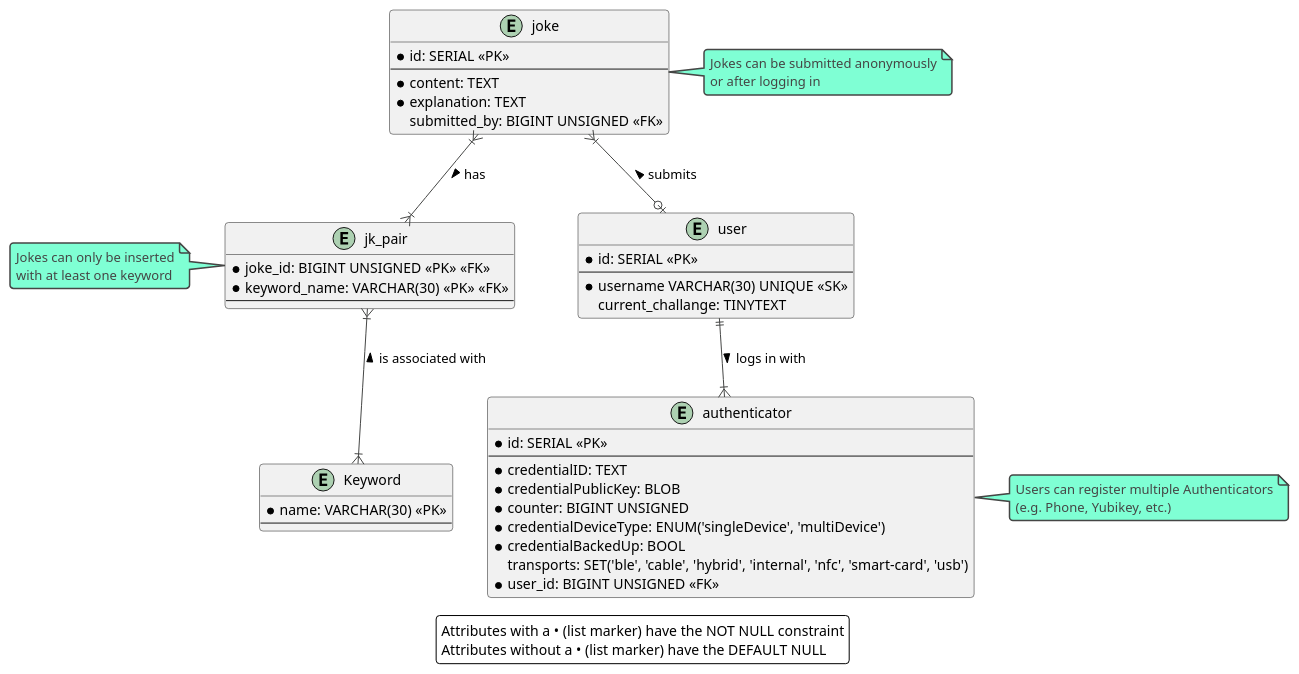
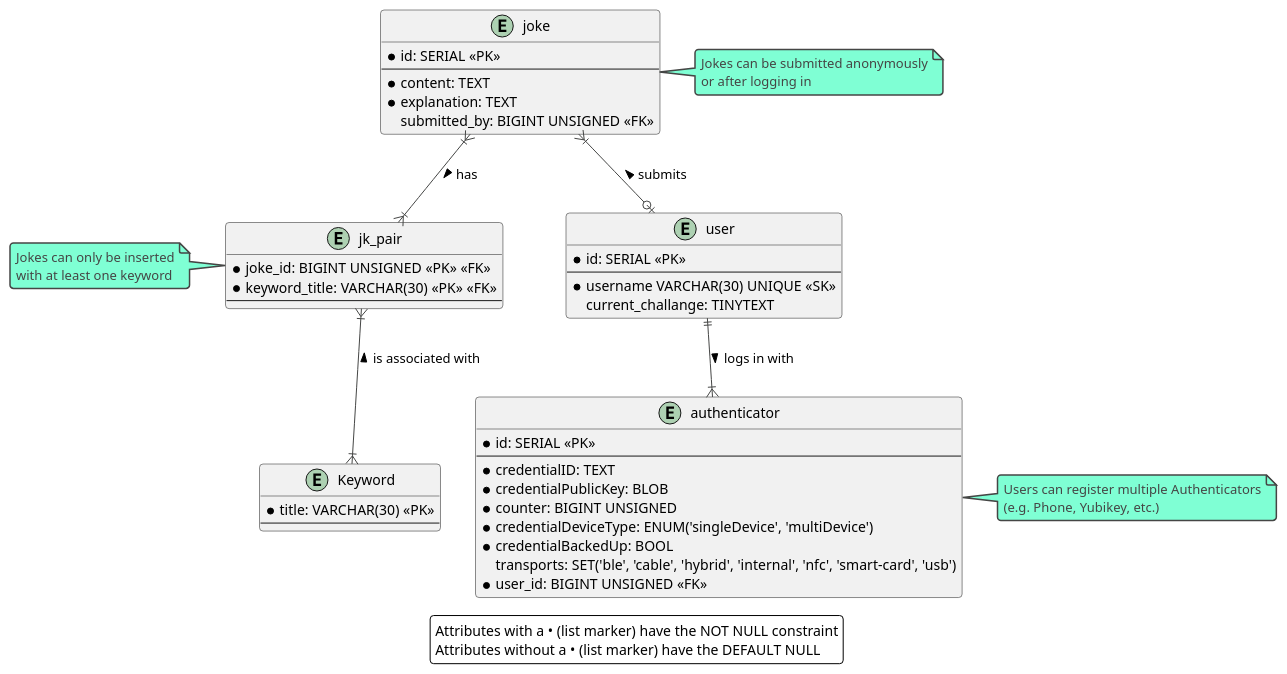
One commit to SturmDerLiebe/bavarian_joke_generator changed the diagram in database/physicalDM.md. Above: the diagram before and after it, drawn with PlantUML. The commit also changed 4 other files, not shown here.

```diff
--- a/database/physicalDM.md
+++ b/database/physicalDM.md
@@ -10,58 +10,58 @@
 @startuml
 'skinparam linetype ortho
 'scale 2
 !theme vibrant
 
 entity joke {
     * id: SERIAL <<PK>>
     --
     * content: TEXT
     * explanation: TEXT
     submitted_by: BIGINT UNSIGNED <<FK>>
 }
 
 entity jk_pair {
     * joke_id: BIGINT UNSIGNED <<PK>> <<FK>>
-    * keyword_name: VARCHAR(30) <<PK>> <<FK>>
+    * keyword_title: VARCHAR(30) <<PK>> <<FK>>
     --
 }
 
 entity Keyword  {
-    * name: VARCHAR(30) <<PK>>
+    * title: VARCHAR(30) <<PK>>
     --
 }
 
 entity user {
     ' The extra id is necessary for using simplewebauthn:
     * id: SERIAL <<PK>>
     --
     * username VARCHAR(30) UNIQUE <<SK>>
     current_challange: TINYTEXT
 }
 
 entity authenticator {
     * id: SERIAL <<PK>>
     --
     * credentialID: TEXT
     * credentialPublicKey: BLOB
     * counter: BIGINT UNSIGNED
     * credentialDeviceType: ENUM('singleDevice', 'multiDevice')
     * credentialBackedUp: BOOL
     transports: SET('ble', 'cable', 'hybrid', 'internal', 'nfc', 'smart-card', 'usb')
     * user_id: BIGINT UNSIGNED <<FK>>
 }
 
 joke }|--|{ jk_pair : has >
 jk_pair }|--|{ Keyword : is associated with <
 joke }|--o| user : submits <
 user ||--|{ authenticator : logs in with >
 
 note left of jk_pair: Jokes can only be inserted\nwith at least one keyword
 note right of joke: Jokes can be submitted anonymously\nor after logging in 
 note right of authenticator: Users can register multiple Authenticators\n(e.g. Phone, Yubikey, etc.)
 
 legend
     Attributes with a • (list marker) have the NOT NULL constraint
     Attributes without a • (list marker) have the DEFAULT NULL
 endlegend
 @enduml
```
